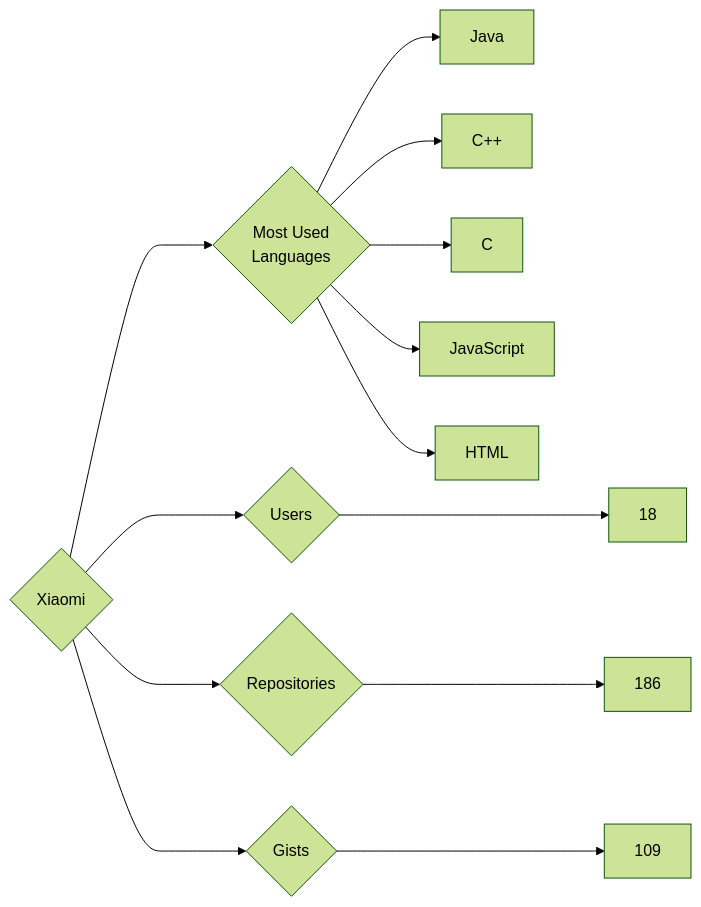
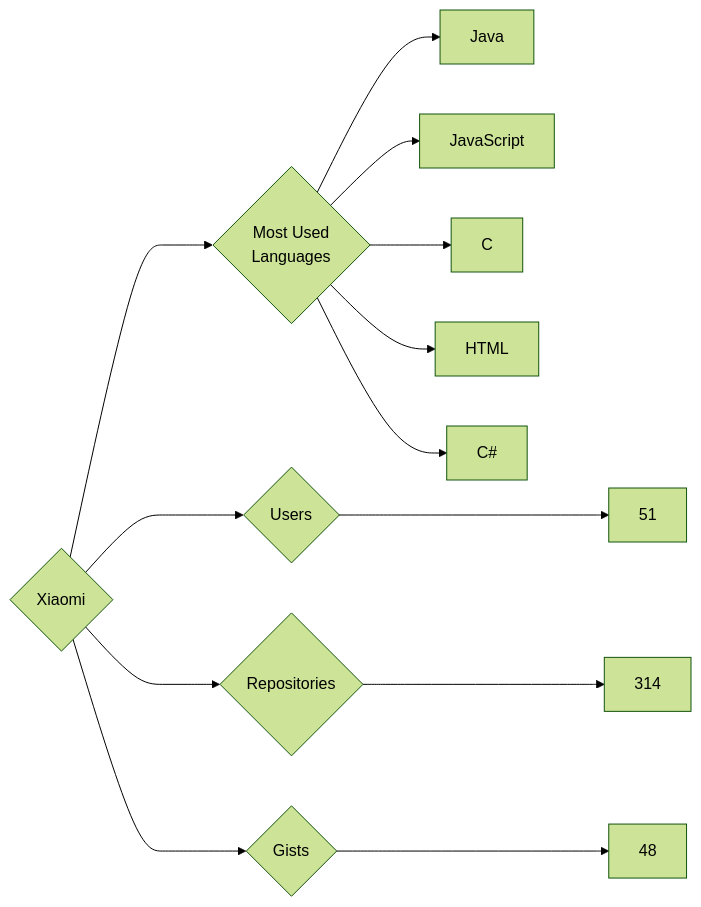
Before and after one commit to trickest/insiders: the diagram in targets/Xiaomi/README.md, drawn with Mermaid (forest theme). The commit also changed 765 other files, not shown here.

````diff
--- a/targets/Xiaomi/README.md
+++ b/targets/Xiaomi/README.md
@@ -3,13 +3,13 @@
 ```mermaid
 graph LR
 COMPANY_NAME{Xiaomi}
-COMPANY_NAME ---> U{Users} ---> UN[18]
-COMPANY_NAME ---> R{Repositories} ---> RN[186]
-COMPANY_NAME ---> G{Gists} ---> GN[109]
+COMPANY_NAME ---> U{Users} ---> UN[51]
+COMPANY_NAME ---> R{Repositories} ---> RN[314]
+COMPANY_NAME ---> G{Gists} ---> GN[48]
 COMPANY_NAME ---> ML{Most Used<br>Languages}
 ML --> Java[Java]
-ML --> C++[C++]
+ML --> JavaScript[JavaScript]
 ML --> C[C]
-ML --> JavaScript[JavaScript]
 ML --> HTML[HTML]
+ML --> C#[C#]
 ```
````
